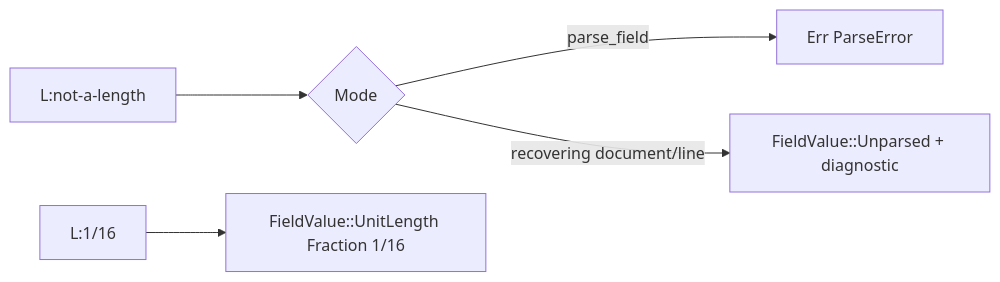
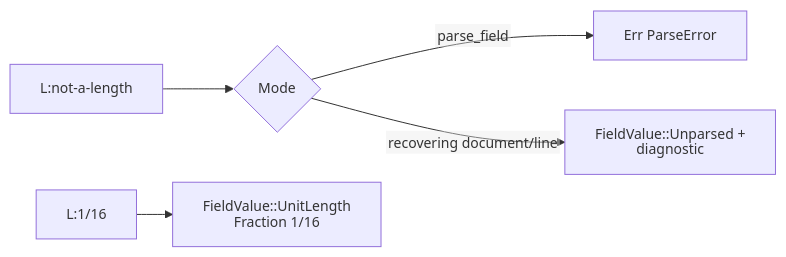
The second of 8 diagrams in docs/architecture.md (mauricebarnum/abc-parser), drawn with Mermaid before and after one commit. The commit also changed other lines of this file, not shown here.

First line of the commit message:
Refine architecture diagram readability

````diff
--- a/docs/architecture.md
+++ b/docs/architecture.md
@@ -139,7 +148,15 @@
 ```mermaid
+---
+config:
+  htmlLabels: false
+  themeVariables:
+    fontSize: 14px
+  flowchart:
+    rankSpacing: 10
+---
 flowchart LR
     raw["L:not-a-length"] --> strict{Mode}
     strict -->|parse_field| error[Err ParseError]
     strict -->|recovering document/line| both["FieldValue::Unparsed + diagnostic"]
     valid["L:1/16"] --> parsed["FieldValue::UnitLength Fraction 1/16"]
 ```
````
